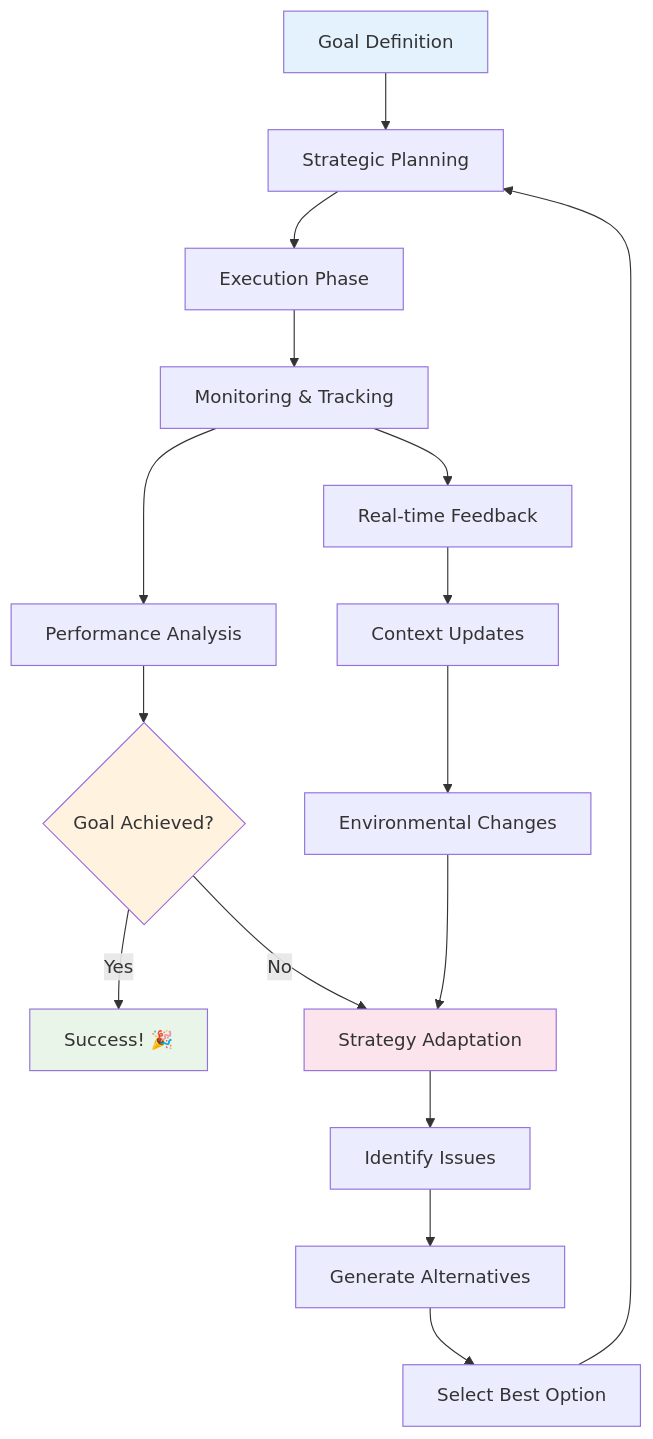
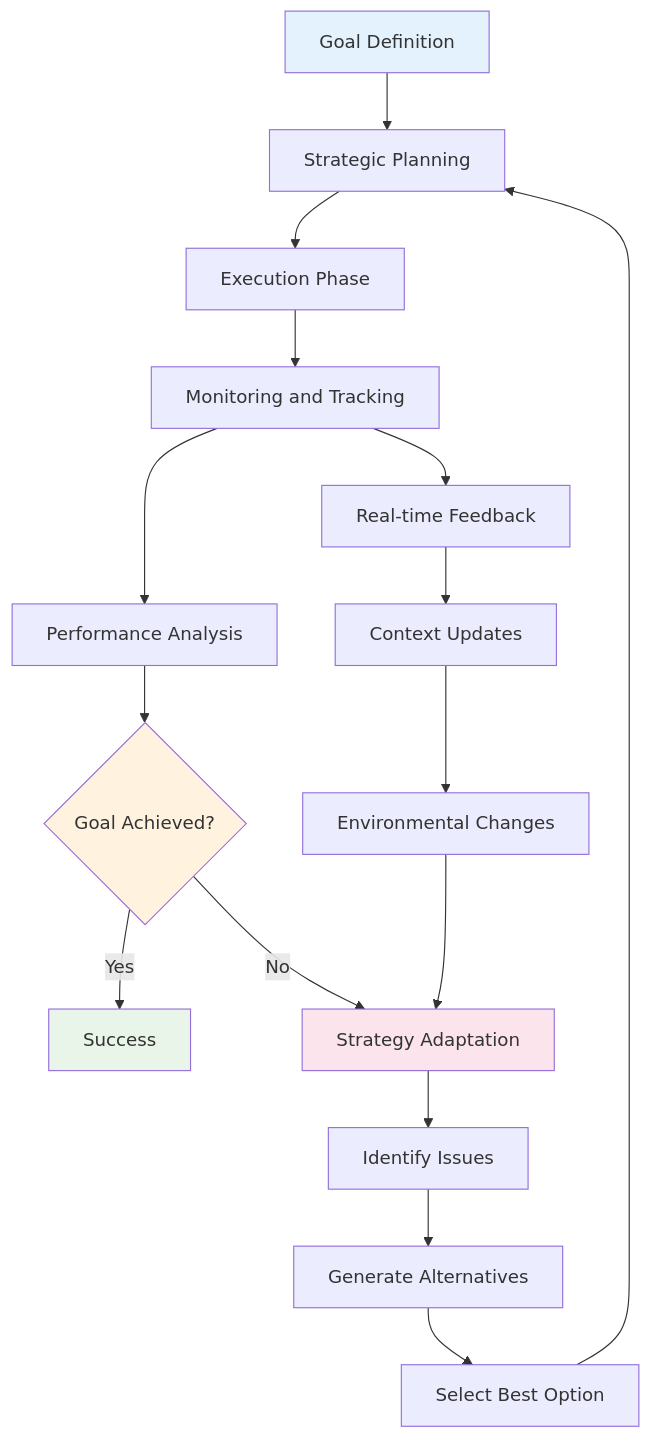
The fourth of 6 diagrams in 02_agentic_ai.md (Sourabh-Kumar04/LangGraph), drawn with Mermaid before and after one commit. The commit also changed other lines of this file, not shown here.

Commit message:
✨  dDcs: add detailed Agentic AI & Hiring Chatbots guide with interactive Mermaid diagrams

````diff
--- a/02_agentic_ai.md
+++ b/02_agentic_ai.md
@@ -373,26 +386,26 @@
 ```mermaid
 graph TD
-    A["Goal Definition"] --> B["Strategic Planning"]
-    B --> C["Execution Phase"]
-    C --> D["Monitoring & Tracking"]
-    D --> E["Performance Analysis"]
-    E --> F{"Goal Achieved?"}
+    A[Goal Definition] --> B[Strategic Planning]
+    B --> C[Execution Phase]
+    C --> D[Monitoring and Tracking]
+    D --> E[Performance Analysis]
+    E --> F{Goal Achieved?}
     
-    F -->|"Yes"| G["Success! 🎉"]
-    F -->|"No"| H["Strategy Adaptation"]
+    F -->|Yes| G[Success]
+    F -->|No| H[Strategy Adaptation]
     
-    H --> I["Identify Issues"]
-    I --> J["Generate Alternatives"]
-    J --> K["Select Best Option"]
+    H --> I[Identify Issues]
+    I --> J[Generate Alternatives]
+    J --> K[Select Best Option]
     K --> B
     
-    D --> L["Real-time Feedback"]
-    L --> M["Context Updates"]
-    M --> N["Environmental Changes"]
+    D --> L[Real-time Feedback]
+    L --> M[Context Updates]
+    M --> N[Environmental Changes]
     N --> H
     
     style A fill:#e3f2fd
     style G fill:#e8f5e8
     style F fill:#fff3e0
     style H fill:#fce4ec
 ```
````
